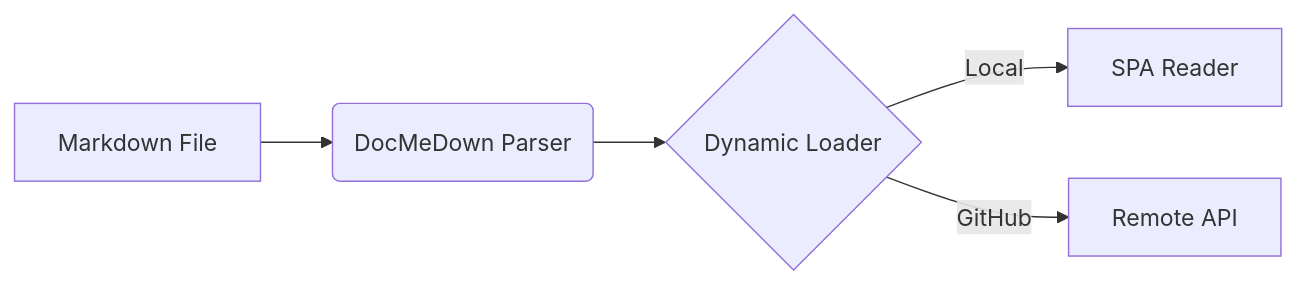
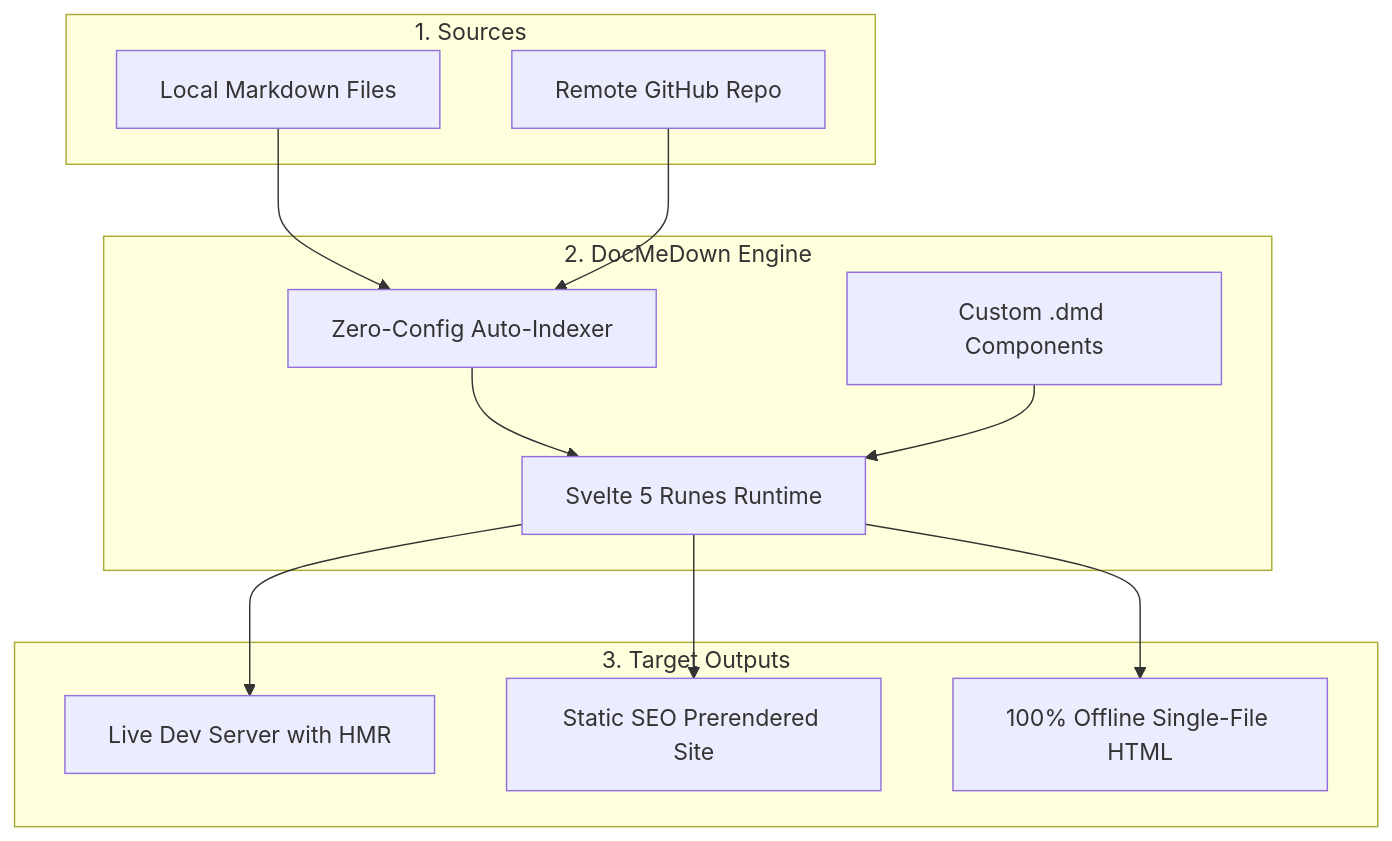
Before and after one commit to gabrielmsilva00/docmedown: the diagram in docs/guides/markdown-features.md, drawn with Mermaid. The commit also changed other lines of this file and 133 other files, not shown here.

````diff
--- a/docs/guides/markdown-features.md
+++ b/docs/guides/markdown-features.md
@@ -126,7 +143,27 @@
 ```mermaid
-graph LR
-    A[Markdown File] --> B(DocMeDown Parser)
-    B --> C{Dynamic Loader}
-    C -->|Local| D[SPA Reader]
-    C -->|GitHub| E[Remote API]
+graph TD
+    subgraph Sources ["1. Sources"]
+        A[Local Markdown Files]
+        B[Remote GitHub Repo]
+    end
+
+    subgraph Engine ["2. DocMeDown Engine"]
+        C[Zero-Config Auto-Indexer]
+        D[Svelte 5 Runes Runtime]
+        E[Custom .dmd Components]
+    end
+
+    subgraph Targets ["3. Target Outputs"]
+        F[Live Dev Server with HMR]
+        G[Static SEO Prerendered Site]
+        H[100% Offline Single-File HTML]
+    end
+
+    A --> C
+    B --> C
+    C --> D
+    E --> D
+    D --> F
+    D --> G
+    D --> H
 ```
````
